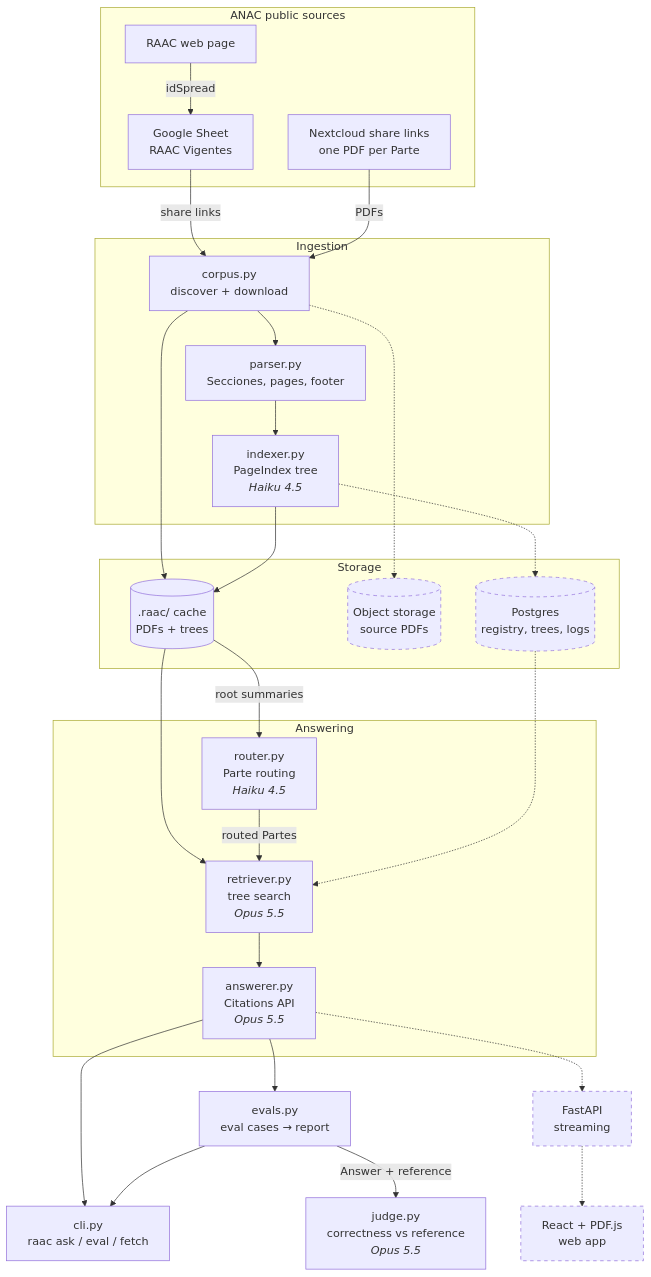
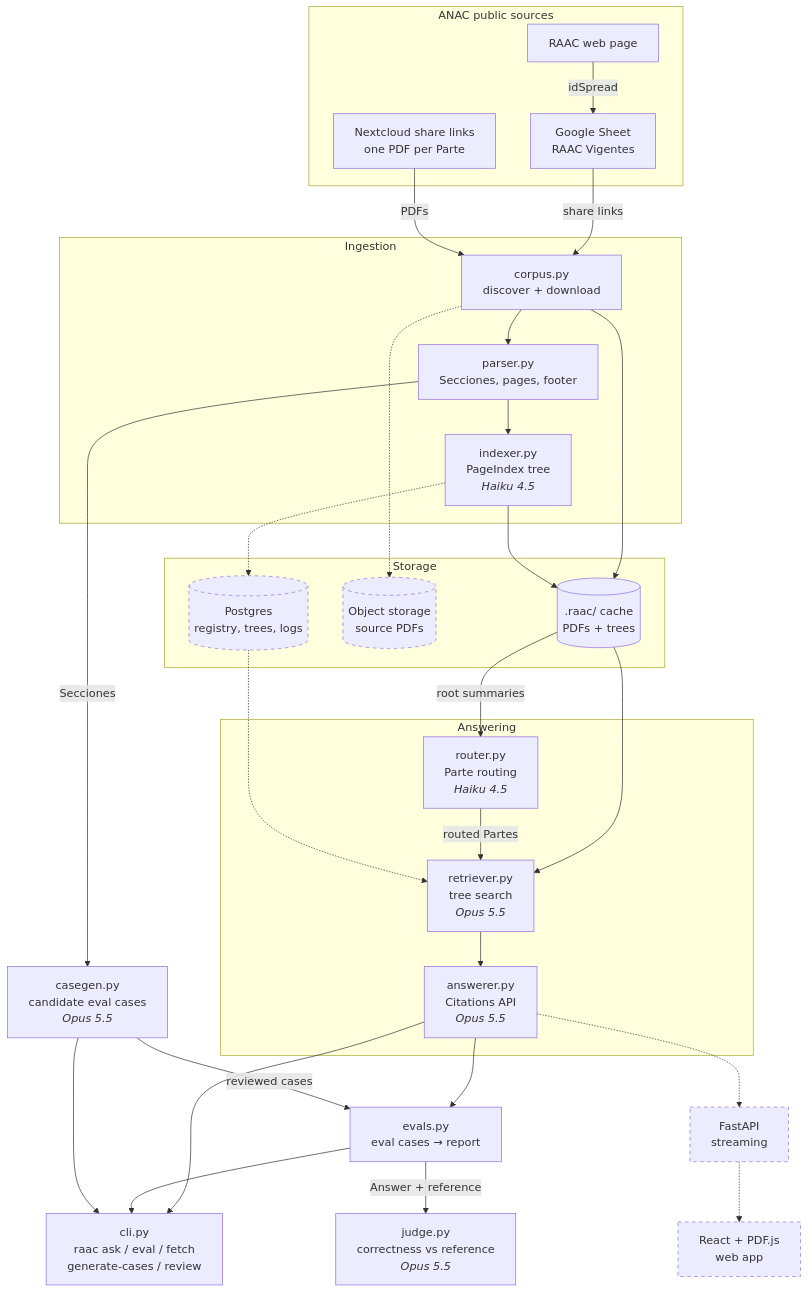
One commit to Guernik/raac-rag changed the diagram in docs/diagrams/architecture.mmd. Above: the diagram before and after it, drawn with Mermaid. The commit also changed 10 other files, not shown here.

First line of the commit message:
feat: generated eval cases with a fast review flow (#49)

```diff
--- a/docs/diagrams/architecture.mmd
+++ b/docs/diagrams/architecture.mmd
@@ -1,52 +1,56 @@
 flowchart TB
     subgraph ANAC["ANAC public sources"]
         page["RAAC web page"]
         sheet["Google Sheet<br/>RAAC Vigentes"]
         nc["Nextcloud share links<br/>one PDF per Parte"]
     end
 
     subgraph ingest["Ingestion"]
         corpus["corpus.py<br/>discover + download"]
         parser["parser.py<br/>Secciones, pages, footer"]
         indexer["indexer.py<br/>PageIndex tree<br/><i>Haiku 4.5</i>"]
     end
 
     subgraph store["Storage"]
         cache[(".raac/ cache<br/>PDFs + trees")]
         pdfs[("Object storage<br/>source PDFs")]
         pg[("Postgres<br/>registry, trees, logs")]
     end
 
     subgraph answer["Answering"]
         router["router.py<br/>Parte routing<br/><i>Haiku 4.5</i>"]
         retriever["retriever.py<br/>tree search<br/><i>Opus 5.5</i>"]
         answerer["answerer.py<br/>Citations API<br/><i>Opus 5.5</i>"]
     end
 
     evals["evals.py<br/>eval cases → report"]
     judge["judge.py<br/>correctness vs reference<br/><i>Opus 5.5</i>"]
+    casegen["casegen.py<br/>candidate eval cases<br/><i>Opus 5.5</i>"]
 
-    cli["cli.py<br/>raac ask / eval / fetch"]
+    cli["cli.py<br/>raac ask / eval / fetch<br/>generate-cases / review"]
     api["FastAPI<br/>streaming"]
     web["React + PDF.js<br/>web app"]
 
     page -- idSpread --> sheet
     sheet -- share links --> corpus
     nc -- PDFs --> corpus
     corpus --> parser --> indexer
     corpus --> cache
     indexer --> cache
     corpus -.-> pdfs
     indexer -.-> pg
     cache --> retriever
     cache -- root summaries --> router
     router -- routed Partes --> retriever
     pg -.-> retriever
     retriever --> answerer
     answerer --> cli
     answerer --> evals --> cli
     evals -- Answer + reference --> judge
+    parser -- Secciones --> casegen
+    casegen -- reviewed cases --> evals
+    casegen --> cli
     answerer -.-> api -.-> web
 
     classDef planned stroke-dasharray: 5 5
     class api,web,pg,pdfs planned
```
